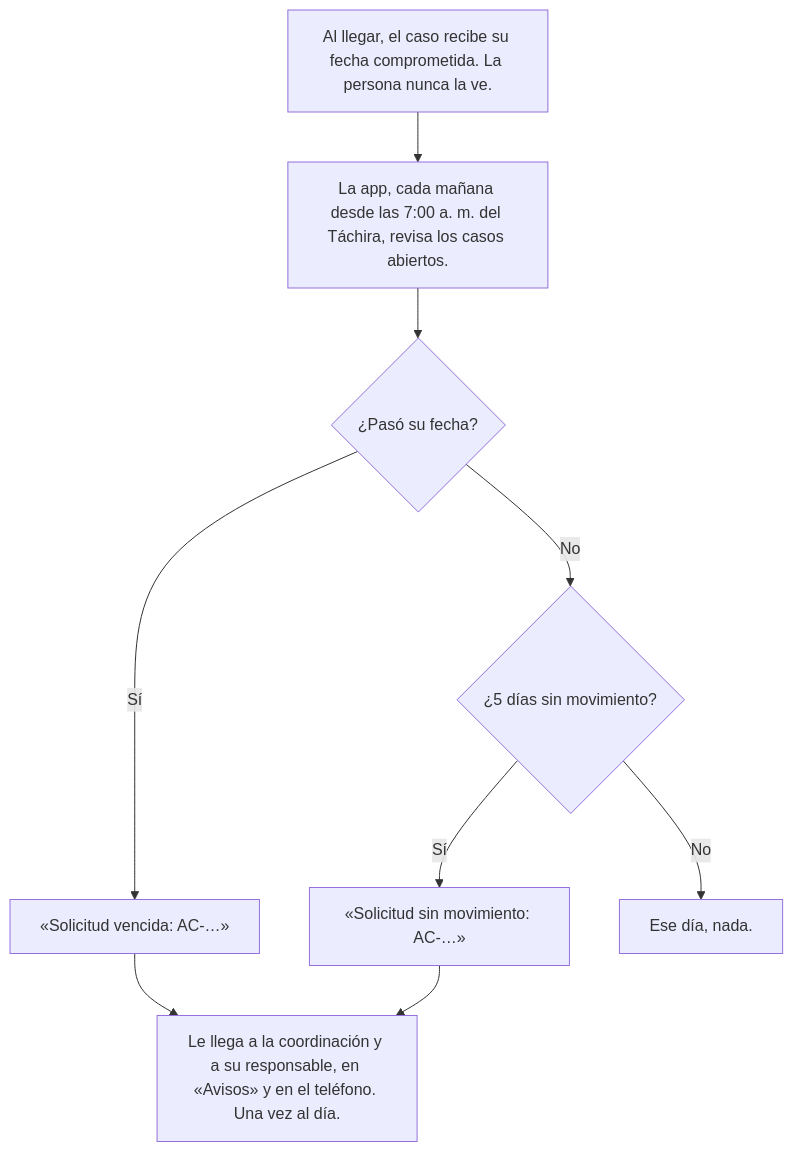
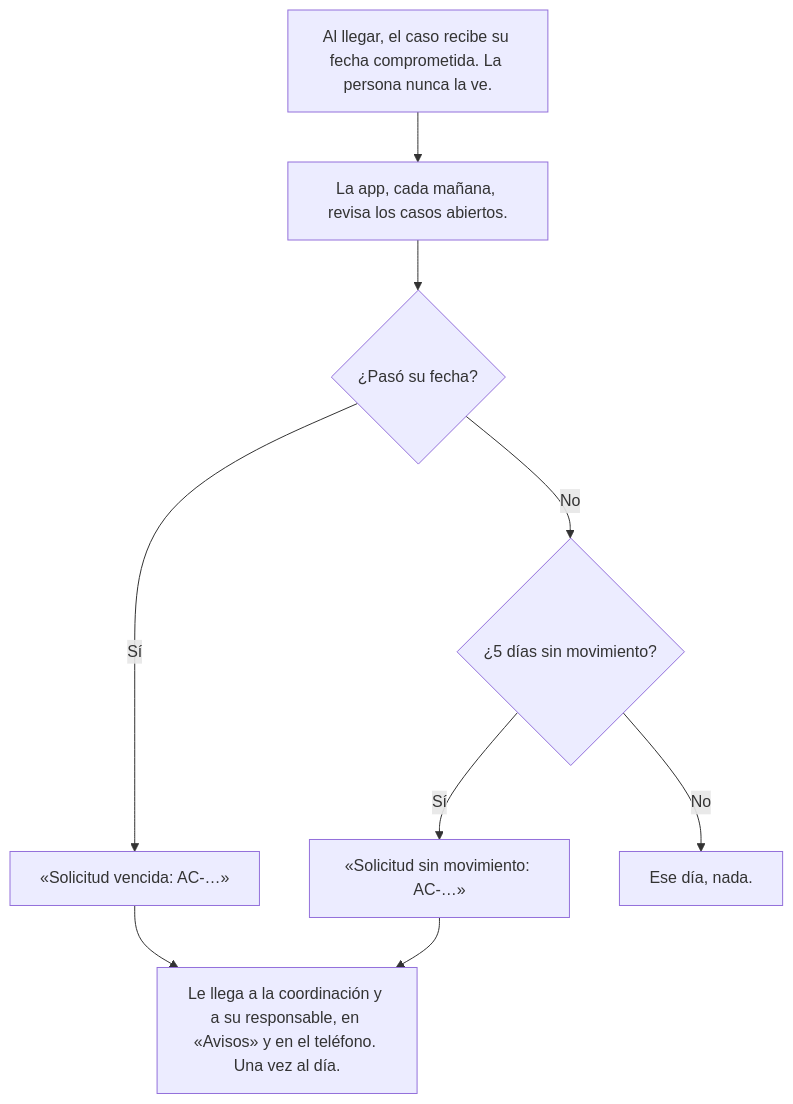
One commit to fbvenezuela/Gestionapp changed diagram 11 of 18 in app-freddy-bernal/docs/FLUJOS-WEB.md. Above: the diagram before and after it, drawn with Mermaid. The commit also changed other lines of this file and 8 other files, not shown here.

````diff
--- a/app-freddy-bernal/docs/FLUJOS-WEB.md
+++ b/app-freddy-bernal/docs/FLUJOS-WEB.md
@@ -288,13 +288,13 @@
 ```mermaid
 flowchart TD
   aviso_fecha["Al llegar, el caso recibe su fecha comprometida. La persona nunca la ve."]
-  aviso_fecha --> aviso_revisa["La app, cada mañana desde las 7:00 a. m. del Táchira, revisa los casos abiertos."]
+  aviso_fecha --> aviso_revisa["La app, cada mañana, revisa los casos abiertos."]
   aviso_revisa --> aviso_vencida_q{"¿Pasó su fecha?"}
   aviso_vencida_q -- Sí --> aviso_vencida["«Solicitud vencida: AC-…»"]
   aviso_vencida_q -- No --> aviso_quieto_q{"¿5 días sin movimiento?"}
   aviso_quieto_q -- Sí --> aviso_quieto["«Solicitud sin movimiento: AC-…»"]
   aviso_quieto_q -- No --> aviso_nada["Ese día, nada."]
   aviso_vencida --> aviso_quien
   aviso_quieto --> aviso_quien
   aviso_quien["Le llega a la coordinación y a su responsable, en «Avisos» y en el teléfono. Una vez al día."]
 ```
````
